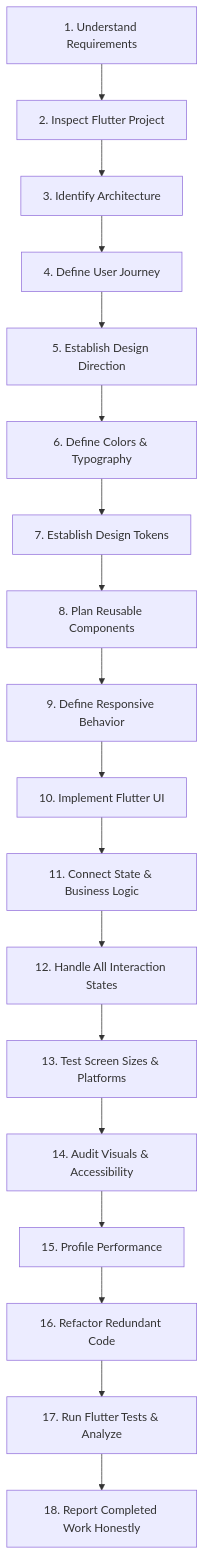
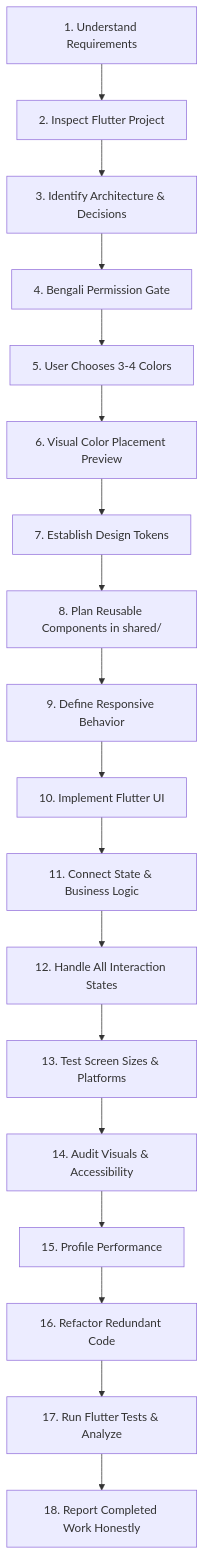
The second of 2 diagrams in AGENTS.md (juwelzan/human-ui-engineering), drawn with Mermaid before and after one commit. The commit also changed other lines of this file and 26 other files, not shown here.

Commit message:
feat(human-flutter): implement permission-first Bengali decision system and mandatory 3-tier architecture (v4.1.0)

````diff
--- a/AGENTS.md
+++ b/AGENTS.md
@@ -165,20 +258,20 @@
 ```mermaid
 flowchart TD
     S1[1. Understand Requirements] --> S2[2. Inspect Flutter Project]
-    S2 --> S3[3. Identify Architecture]
-    S3 --> S4[4. Define User Journey]
-    S4 --> S5[5. Establish Design Direction]
-    S5 --> S6[6. Define Colors & Typography]
+    S2 --> S3[3. Identify Architecture & Decisions]
+    S3 --> S4[4. Bengali Permission Gate]
+    S4 --> S5[5. User Chooses 3-4 Colors]
+    S5 --> S6[6. Visual Color Placement Preview]
     S6 --> S7[7. Establish Design Tokens]
-    S7 --> S8[8. Plan Reusable Components]
+    S7 --> S8[8. Plan Reusable Components in shared/]
     S8 --> S9[9. Define Responsive Behavior]
     S9 --> S10[10. Implement Flutter UI]
     S10 --> S11[11. Connect State & Business Logic]
     S11 --> S12[12. Handle All Interaction States]
     S12 --> S13[13. Test Screen Sizes & Platforms]
     S13 --> S14[14. Audit Visuals & Accessibility]
     S14 --> S15[15. Profile Performance]
     S15 --> S16[16. Refactor Redundant Code]
     S16 --> S17[17. Run Flutter Tests & Analyze]
     S17 --> S18[18. Report Completed Work Honestly]
 ```
````
